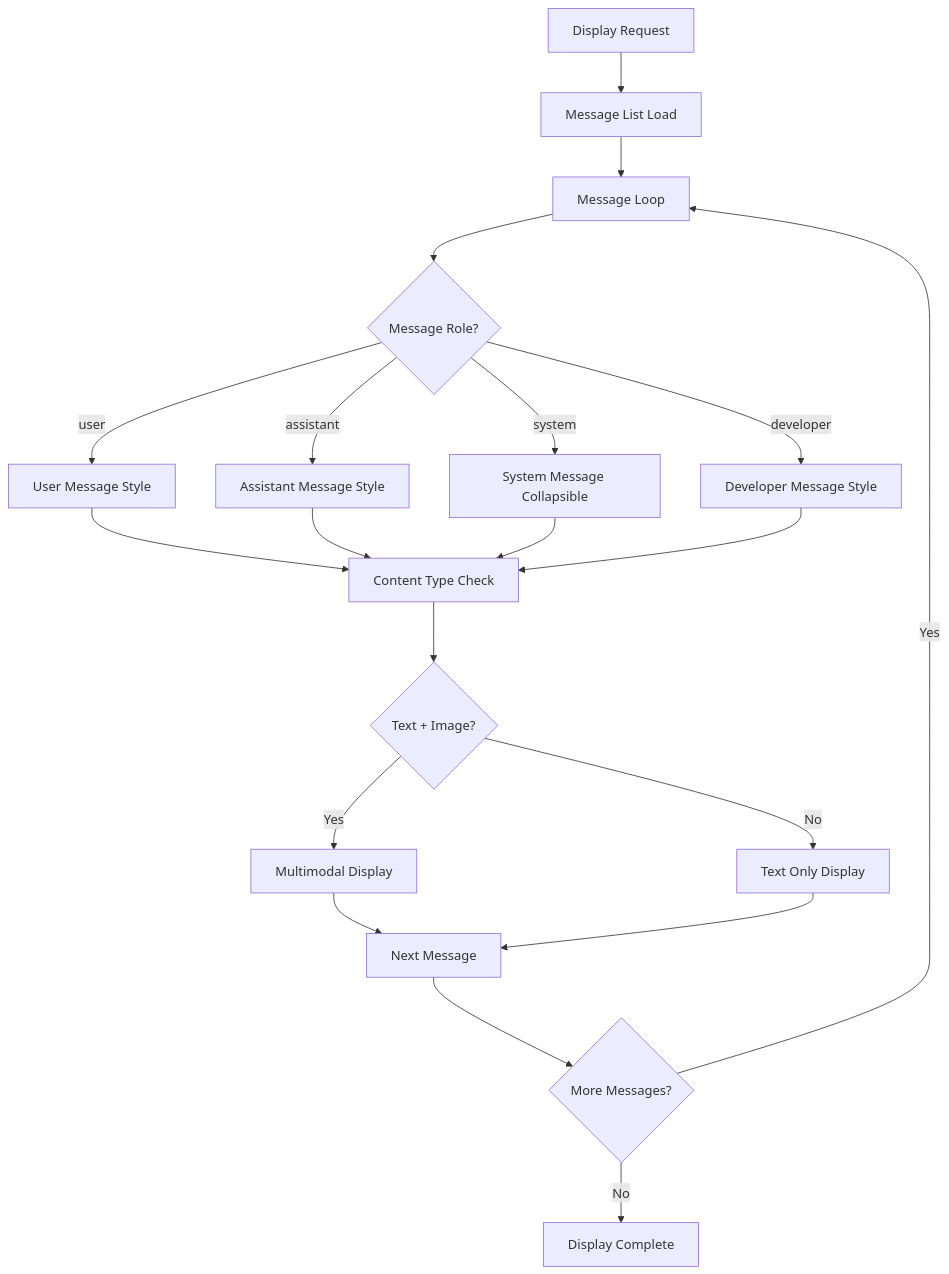
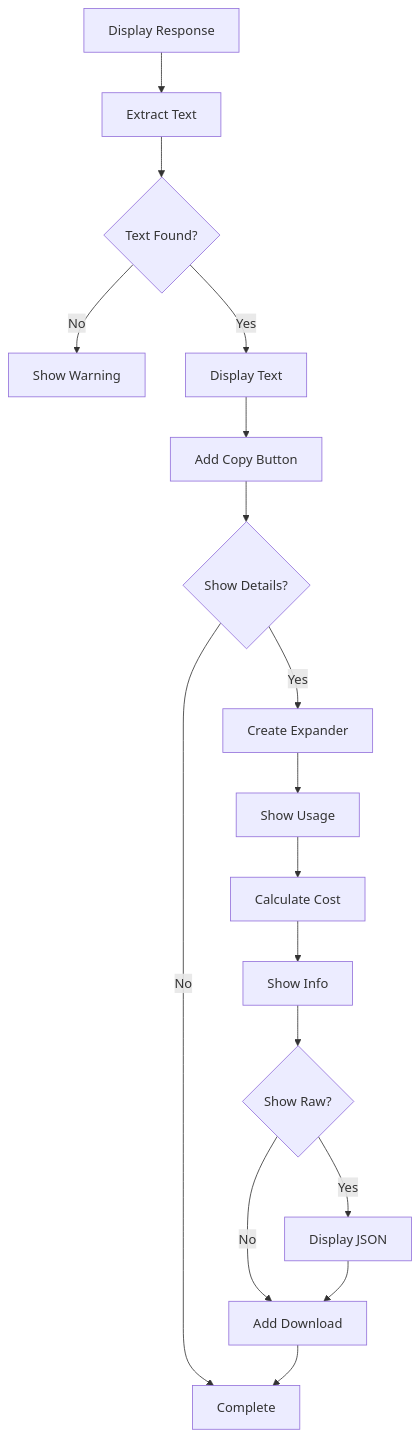
Before and after one commit to nakashima2toshio/anthropic_api_jp: the seventh of 10 diagrams in doc/helper_st.md, drawn with Mermaid. The commit also changed other lines of this file and 12 other files, not shown here.

````diff
--- a/doc/helper_st.md
+++ b/doc/helper_st.md
@@ -325,22 +317,19 @@
 ```mermaid
 graph TD
-    A["Display Request"] --> B["Message List Load"]
-    B --> C["Message Loop"]
-    C --> D{"Message Role?"}
-    D -->|user| E["User Message Style"]
-    D -->|assistant| F["Assistant Message Style"]
-    D -->|system| G["System Message Collapsible"]
-    D -->|developer| H["Developer Message Style"]
-    E --> I["Content Type Check"]
-    F --> I
-    G --> I
-    H --> I
-    I --> J{"Text + Image?"}
-    J -->|Yes| K["Multimodal Display"]
-    J -->|No| L["Text Only Display"]
-    K --> M["Next Message"]
-    L --> M
-    M --> N{"More Messages?"}
-    N -->|Yes| C
-    N -->|No| O["Display Complete"]
+    A["Display Response"] --> B["Extract Text"]
+    B --> C{Text Found?}
+    C -->|No| D["Show Warning"]
+    C -->|Yes| E["Display Text"]
+    E --> F["Add Copy Button"]
+    F --> G{Show Details?}
+    G -->|No| H["Complete"]
+    G -->|Yes| I["Create Expander"]
+    I --> J["Show Usage"]
+    J --> K["Calculate Cost"]
+    K --> L["Show Info"]
+    L --> M{Show Raw?}
+    M -->|Yes| N["Display JSON"]
+    M -->|No| O["Add Download"]
+    N --> O
+    O --> H
 ```
````
